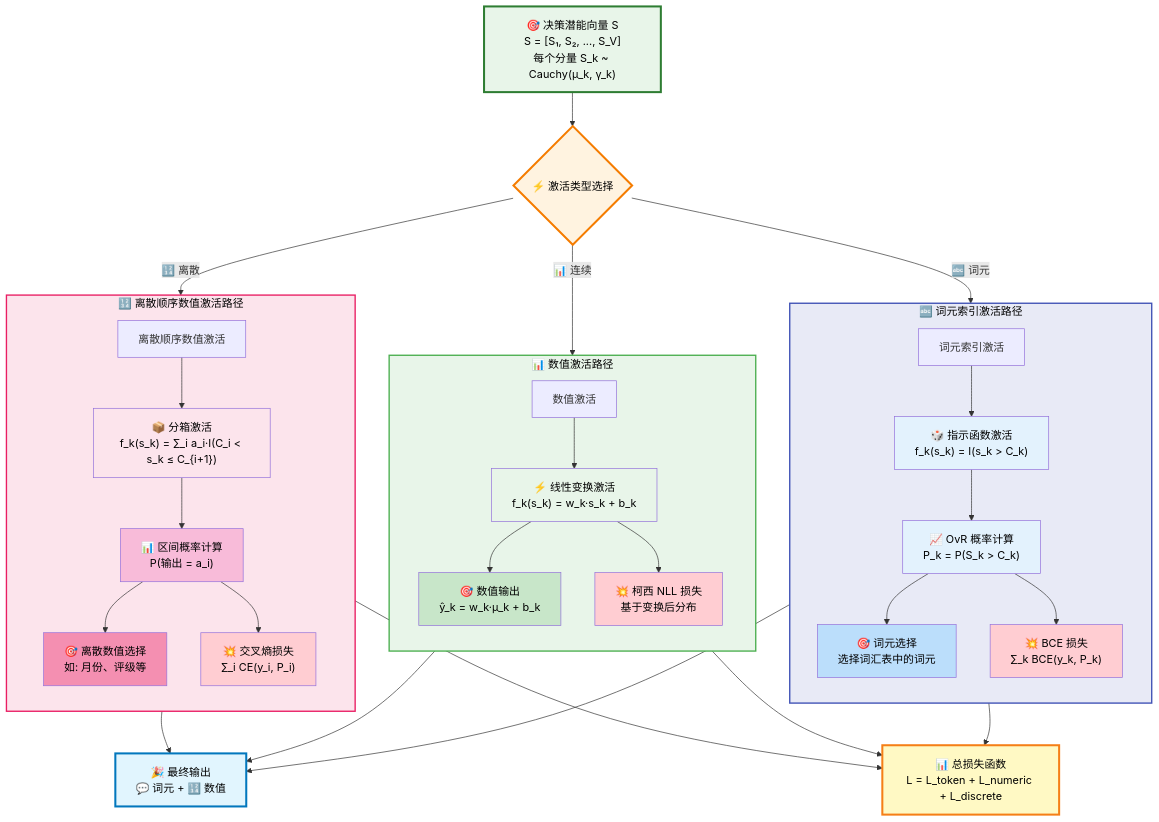
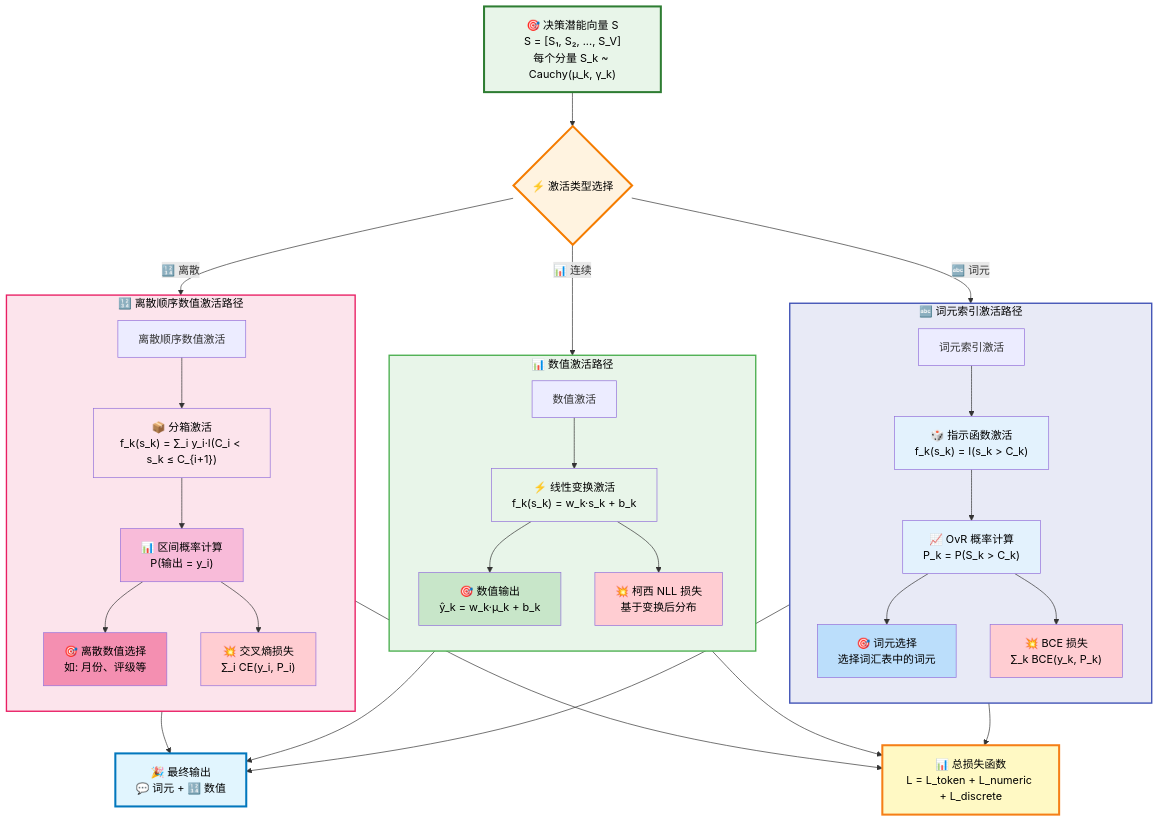
Before and after one commit to 1587causalai/CausalQwen: the diagram in causal_engine/MATHEMATICAL_FOUNDATIONS_CN.md, drawn with Mermaid. The commit also changed other lines of this file, not shown here.

````diff
--- a/causal_engine/MATHEMATICAL_FOUNDATIONS_CN.md
+++ b/causal_engine/MATHEMATICAL_FOUNDATIONS_CN.md
@@ -124,67 +81,67 @@
 ```mermaid
 graph TB
     Input["🎯 决策潜能向量 S<br/>S = [S₁, S₂, ..., S_V]<br/>每个分量 S_k ~ Cauchy(μ_k, γ_k)"] 
     
     Input --> TaskType{"⚡ 激活类型选择"}
     
     TaskType -->|🔤 词元| TokenPath["词元索引激活"]
     TaskType -->|📊 连续| NumPath["数值激活"] 
     TaskType -->|🔢 离散| DiscreteNumPath["离散顺序数值激活"]
     
     subgraph Token ["🔤 词元索引激活路径"]
         direction TB
         TokenPath --> T1["🎲 指示函数激活<br/>f_k(s_k) = I(s_k > C_k)"]
         T1 --> T2["📈 OvR 概率计算<br/>P_k = P(S_k > C_k)"]
         T2 --> T3["🎯 词元选择<br/>选择词汇表中的词元"]
         T2 --> T4["💥 BCE 损失<br/>∑_k BCE(y_k, P_k)"]
     end
     
     subgraph Numeric ["📊 数值激活路径"]
         direction TB
         NumPath --> N1["⚡ 线性变换激活<br/>f_k(s_k) = w_k·s_k + b_k"]
         N1 --> N2["🎯 数值输出<br/>ŷ_k = w_k·μ_k + b_k"]
         N1 --> N3["💥 柯西 NLL 损失<br/>基于变换后分布"]
     end
     
     subgraph Discrete ["🔢 离散顺序数值激活路径"]
         direction TB
-        DiscreteNumPath --> D1["📦 分箱激活<br/>f_k(s_k) = ∑_i a_i·I(C_i < s_k ≤ C_{i+1})"]
-        D1 --> D2["📊 区间概率计算<br/>P(输出 = a_i)"]
+        DiscreteNumPath --> D1["📦 分箱激活<br/>f_k(s_k) = ∑_i y_i·I(C_i < s_k ≤ C_{i+1})"]
+        D1 --> D2["📊 区间概率计算<br/>P(输出 = y_i)"]
         D2 --> D3["🎯 离散数值选择<br/>如: 月份、评级等"]
         D2 --> D4["💥 交叉熵损失<br/>∑_i CE(y_i, P_i)"]
     end
     
     T3 --> Output["🎉 最终输出<br/>💬 词元 + 🔢 数值"]
     N2 --> Output
     D3 --> Output
     
     T4 --> TotalLoss["📊 总损失函数<br/>L = L_token + L_numeric + L_discrete"]
     N3 --> TotalLoss
     D4 --> TotalLoss
     
     %% 样式定义
     style Input fill:#e8f5e9,stroke:#2e7d32,stroke-width:3px,color:#000
     style TaskType fill:#fff3e0,stroke:#f57c00,stroke-width:3px,color:#000
     style Output fill:#e1f5fe,stroke:#0277bd,stroke-width:3px,color:#000
     style TotalLoss fill:#fff9c4,stroke:#f57f17,stroke-width:3px,color:#000
     
     %% 路径样式
     style Token fill:#e8eaf6,stroke:#3f51b5,stroke-width:2px,color:#000
     style Numeric fill:#e8f5e9,stroke:#4caf50,stroke-width:2px,color:#000
     style Discrete fill:#fce4ec,stroke:#e91e63,stroke-width:2px,color:#000
     
     %% 节点样式
     style T1 fill:#e3f2fd,color:#000
     style T2 fill:#e3f2fd,color:#000
     style T3 fill:#bbdefb,color:#000
     style T4 fill:#ffcdd2,color:#000
     
     style N1 fill:#e8f5e9,color:#000
     style N2 fill:#c8e6c9,color:#000
     style N3 fill:#ffcdd2,color:#000
     
     style D1 fill:#fce4ec,color:#000
     style D2 fill:#f8bbd9,color:#000
     style D3 fill:#f48fb1,color:#000
     style D4 fill:#ffcdd2,color:#000
 ```
````
